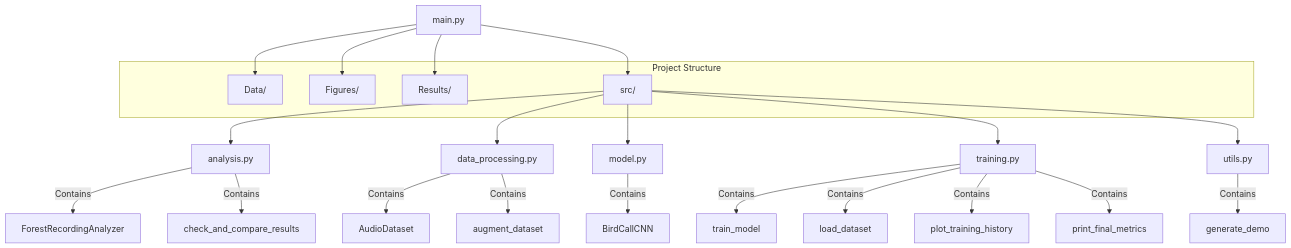
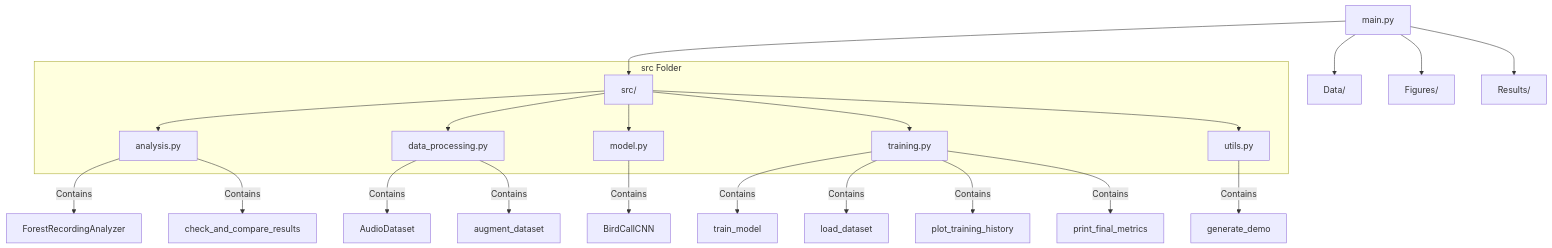
One commit to alexneilgreen/Signal-Separation-and-Classification-in-Noisy-Environments-with-Machine-Learning changed the diagram in README.md. Above: the diagram before and after it, drawn with Mermaid.

Commit message:
README.md Mermaid Update Finalized

````diff
--- a/README.md
+++ b/README.md
@@ -1,38 +1,32 @@
 ```mermaid
 graph TD
     A[main.py]
 
-    subgraph Project Structure
-        B[Data/]
-        C[Figures/]
-        D[Results/]
-        E[src/]
+    A --> B[Data/]
+    A --> C[Figures/]
+    A --> D[Results/]
+    A --> E[src/]
+
+    subgraph src Folder
+        E --> F[analysis.py]
+        E --> G[data_processing.py]
+        E --> H[model.py]
+        E --> I[training.py]
+        E --> J[utils.py]
     end
-
-    A --> B
-    A --> C
-    A --> D
-
-    A --> E
-
-    E --> F[analysis.py]
-    E --> G[data_processing.py]
-    E --> H[model.py]
-    E --> I[training.py]
-    E --> J[utils.py]
 
     F --> |Contains| BFA[ForestRecordingAnalyzer]
     F --> |Contains| BFB[check_and_compare_results]
 
     G --> |Contains| CDA[AudioDataset]
     G --> |Contains| CDB[augment_dataset]
 
     H --> |Contains| DBM[BirdCallCNN]
 
     I --> |Contains| EFT[train_model]
     I --> |Contains| EFL[load_dataset]
     I --> |Contains| EFP[plot_training_history]
     I --> |Contains| EFM[print_final_metrics]
 
     J --> |Contains| FGD[generate_demo]
 ```
````
